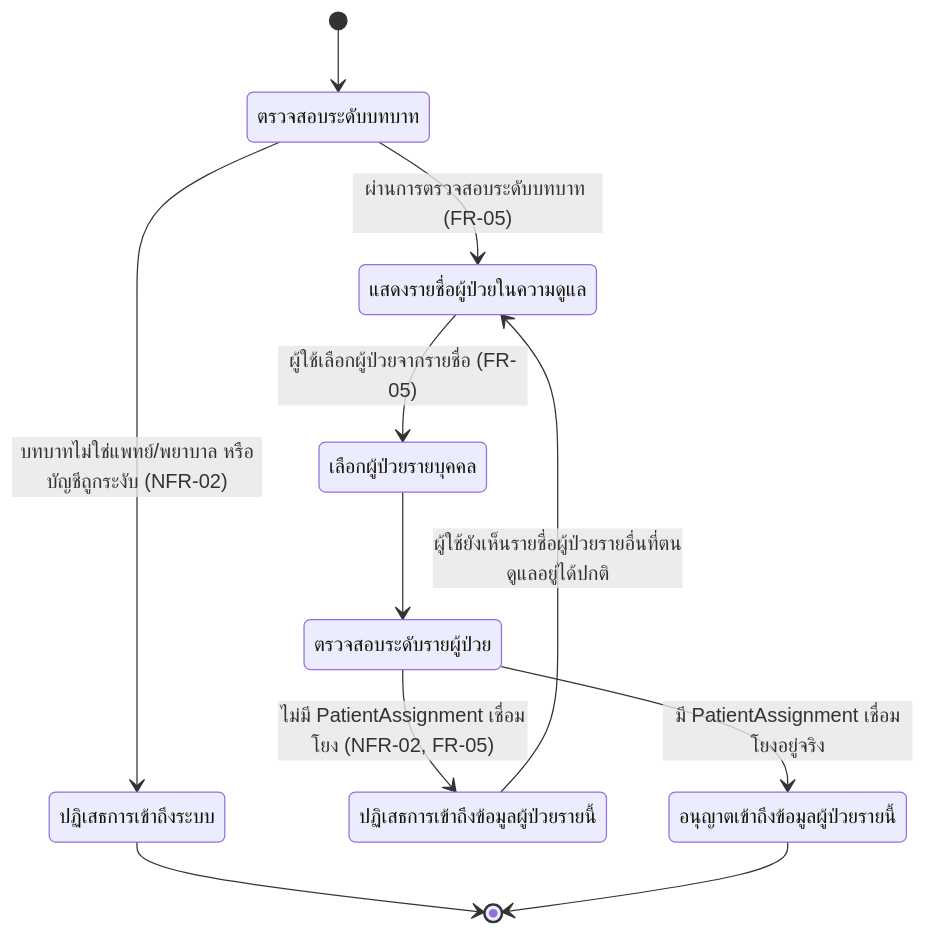
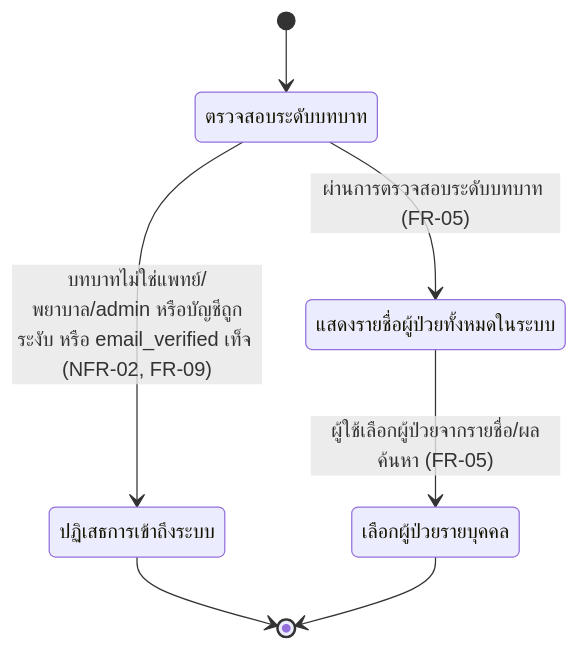
Before and after one commit to fadtypat/track-ncds: the third of 4 diagrams in docs/02-design/02-technical/detailed-design/patient-search-selection.md, drawn with Mermaid. The commit also changed other lines of this file and 19 other files, not shown here.

First line of the commit message:
Sync technical and test docs with FR-17/NFR-21 and the assignment removal

````diff
--- a/docs/02-design/02-technical/detailed-design/patient-search-selection.md
+++ b/docs/02-design/02-technical/detailed-design/patient-search-selection.md
@@ -188,13 +234,9 @@
 ```mermaid
 stateDiagram-v2
     [*] --> ตรวจสอบระดับบทบาท
-    ตรวจสอบระดับบทบาท --> ปฏิเสธการเข้าถึงระบบ: บทบาทไม่ใช่แพทย์/พยาบาล หรือบัญชีถูกระงับ (NFR-02)
-    ตรวจสอบระดับบทบาท --> แสดงรายชื่อผู้ป่วยในความดูแล: ผ่านการตรวจสอบระดับบทบาท (FR-05)
-    แสดงรายชื่อผู้ป่วยในความดูแล --> เลือกผู้ป่วยรายบุคคล: ผู้ใช้เลือกผู้ป่วยจากรายชื่อ (FR-05)
-    เลือกผู้ป่วยรายบุคคล --> ตรวจสอบระดับรายผู้ป่วย
-    ตรวจสอบระดับรายผู้ป่วย --> ปฏิเสธการเข้าถึงข้อมูลผู้ป่วยรายนี้: ไม่มี PatientAssignment เชื่อมโยง (NFR-02, FR-05)
-    ตรวจสอบระดับรายผู้ป่วย --> อนุญาตเข้าถึงข้อมูลผู้ป่วยรายนี้: มี PatientAssignment เชื่อมโยงอยู่จริง
+    ตรวจสอบระดับบทบาท --> ปฏิเสธการเข้าถึงระบบ: บทบาทไม่ใช่แพทย์/พยาบาล/admin หรือบัญชีถูกระงับ หรือ email_verified เท็จ (NFR-02, FR-09)
+    ตรวจสอบระดับบทบาท --> แสดงรายชื่อผู้ป่วยทั้งหมดในระบบ: ผ่านการตรวจสอบระดับบทบาท (FR-05)
+    แสดงรายชื่อผู้ป่วยทั้งหมดในระบบ --> เลือกผู้ป่วยรายบุคคล: ผู้ใช้เลือกผู้ป่วยจากรายชื่อ/ผลค้นหา (FR-05)
     ปฏิเสธการเข้าถึงระบบ --> [*]
-    ปฏิเสธการเข้าถึงข้อมูลผู้ป่วยรายนี้ --> แสดงรายชื่อผู้ป่วยในความดูแล: ผู้ใช้ยังเห็นรายชื่อผู้ป่วยรายอื่นที่ตนดูแลอยู่ได้ปกติ
-    อนุญาตเข้าถึงข้อมูลผู้ป่วยรายนี้ --> [*]
+    เลือกผู้ป่วยรายบุคคล --> [*]
 ```
````
